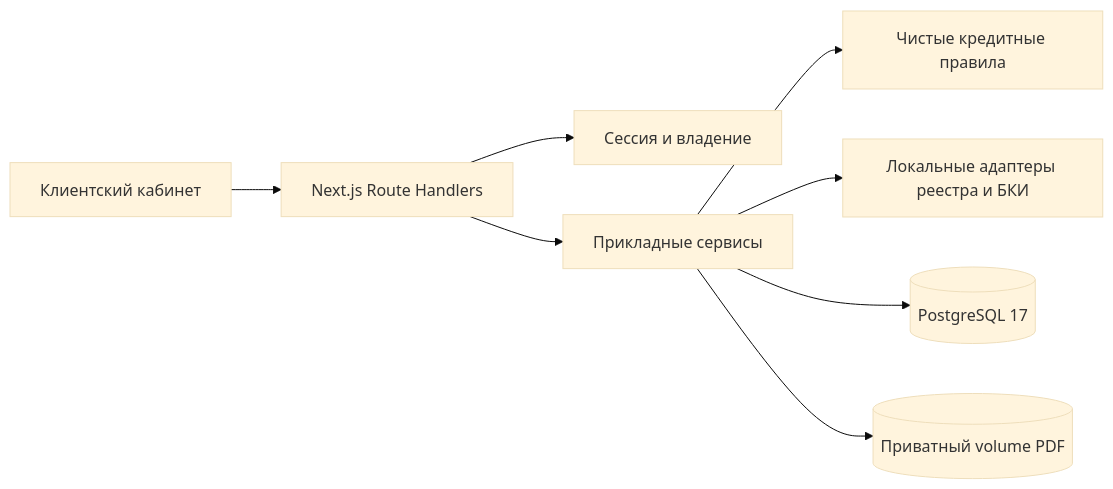
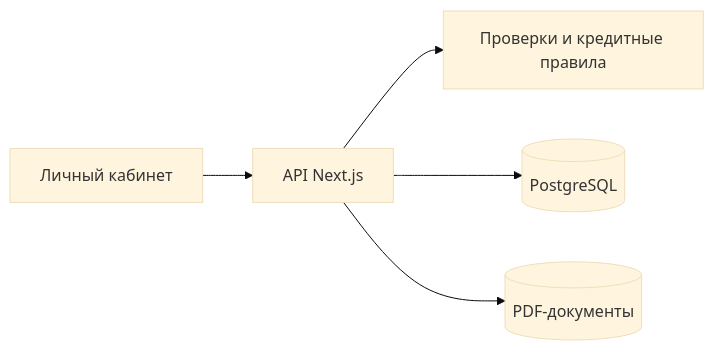
Before and after one commit to SabirovSR/smart-credit-cabinet: the diagram in README.md, drawn with Mermaid (base theme). The commit also changed other lines of this file and 21 other files, not shown here.

````diff
--- a/README.md
+++ b/README.md
@@ -32,10 +34,7 @@
 ```mermaid
 flowchart LR
-  Browser[Клиентский кабинет] --> HTTP[Next.js Route Handlers]
-  HTTP --> Session[Сессия и владение]
-  HTTP --> Services[Прикладные сервисы]
-  Services --> Rules[Чистые кредитные правила]
-  Services --> Mock[Локальные адаптеры реестра и БКИ]
-  Services --> DB[(PostgreSQL 17)]
-  Services --> PDF[(Приватный volume PDF)]
+  UI[Личный кабинет] --> API[API Next.js]
+  API --> Rules[Проверки и кредитные правила]
+  API --> DB[(PostgreSQL)]
+  API --> Files[(PDF-документы)]
 ```
````
